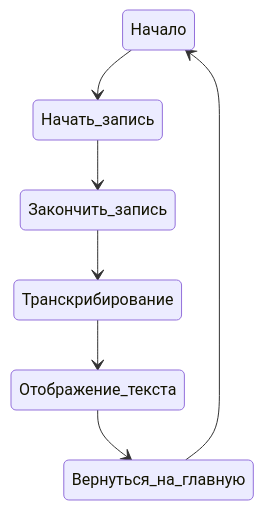
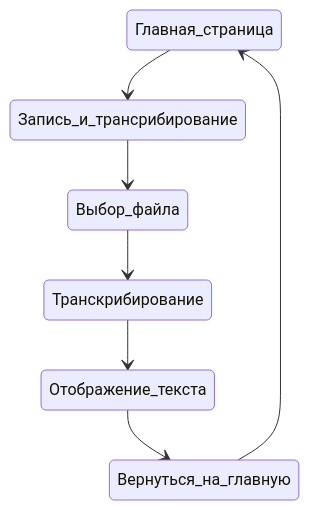
The first of 6 diagrams in docs/behavior.md (Retnug228/Lab3Orpo), drawn with Mermaid before and after one commit. The commit also changed other lines of this file, not shown here.

````diff
--- a/docs/behavior.md
+++ b/docs/behavior.md
@@ -11,9 +11,9 @@
 ```mermaid
 stateDiagram
-    Начало --> Начать_запись
-    Начать_запись --> Закончить_запись
-    Закончить_запись --> Транскрибирование
+    Главная_страница --> Запись_и_трансрибирование
+    Запись_и_трансрибирование --> Выбор_файла
+    Выбор_файла --> Транскрибирование
     Транскрибирование --> Отображение_текста
     Отображение_текста --> Вернуться_на_главную
-    Вернуться_на_главную --> Начало
+    Вернуться_на_главную -->Главная_страница
 ```
````
